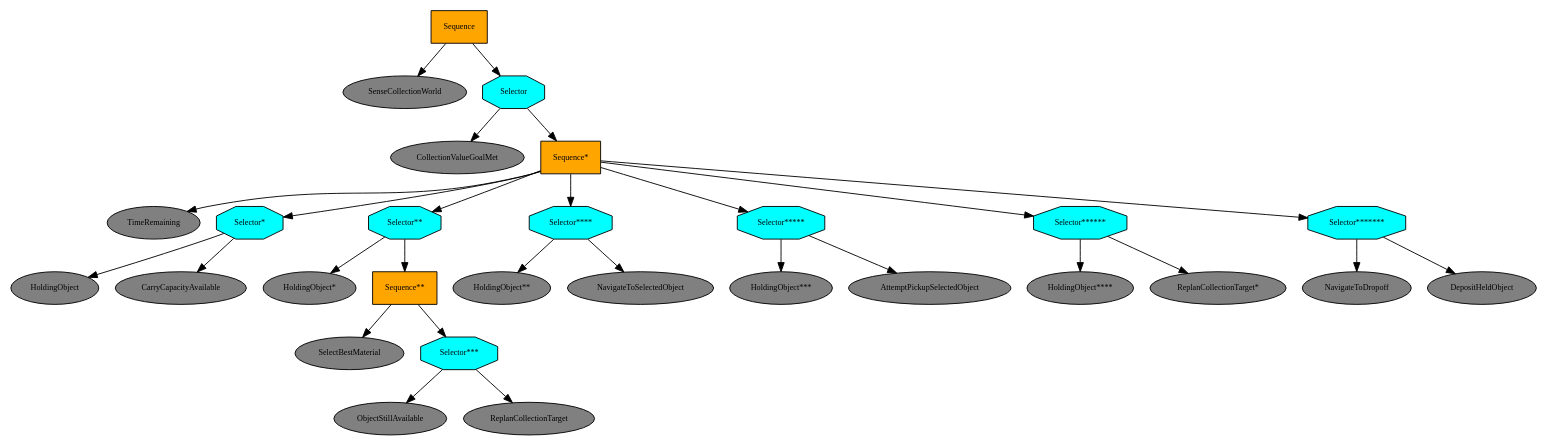
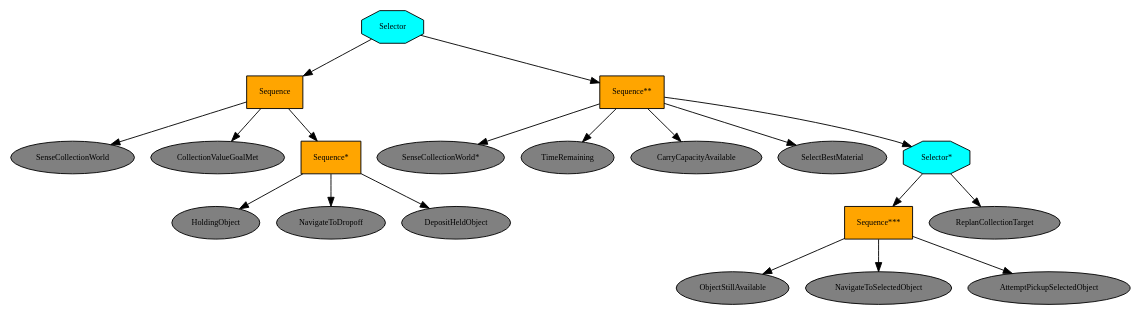
One commit to bkemp3/AgenticAI-Final-Project-Sandbox changed the diagram in Test_Env_1/outputs/collection_llm_runs/trees/maximize_collection_value.dot. Above: the diagram before and after it, drawn with Graphviz. The commit also changed 9 other files, not shown here.

```diff
--- a/Test_Env_1/outputs/collection_llm_runs/trees/maximize_collection_value.dot
+++ b/Test_Env_1/outputs/collection_llm_runs/trees/maximize_collection_value.dot
@@ -1,61 +1,43 @@
 digraph pastafarianism {
 ordering=out;
 graph [fontname="times-roman"];
 node [fontname="times-roman"];
 edge [fontname="times-roman"];
+Selector [label=Selector, shape=octagon, style=filled, fillcolor=cyan, fontsize=9, fontcolor=black];
 Sequence [label=Sequence, shape=box, style=filled, fillcolor=orange, fontsize=9, fontcolor=black];
+Selector -> Sequence;
 SenseCollectionWorld [label=SenseCollectionWorld, shape=ellipse, style=filled, fillcolor=gray, fontsize=9, fontcolor=black];
 Sequence -> SenseCollectionWorld;
-Selector [label=Selector, shape=octagon, style=filled, fillcolor=cyan, fontsize=9, fontcolor=black];
-Sequence -> Selector;
 CollectionValueGoalMet [label=CollectionValueGoalMet, shape=ellipse, style=filled, fillcolor=gray, fontsize=9, fontcolor=black];
-Selector -> CollectionValueGoalMet;
+Sequence -> CollectionValueGoalMet;
 "Sequence*" [label="Sequence*", shape=box, style=filled, fillcolor=orange, fontsize=9, fontcolor=black];
-Selector -> "Sequence*";
+Sequence -> "Sequence*";
+HoldingObject [label=HoldingObject, shape=ellipse, style=filled, fillcolor=gray, fontsize=9, fontcolor=black];
+"Sequence*" -> HoldingObject;
+NavigateToDropoff [label=NavigateToDropoff, shape=ellipse, style=filled, fillcolor=gray, fontsize=9, fontcolor=black];
+"Sequence*" -> NavigateToDropoff;
+DepositHeldObject [label=DepositHeldObject, shape=ellipse, style=filled, fillcolor=gray, fontsize=9, fontcolor=black];
+"Sequence*" -> DepositHeldObject;
+"Sequence**" [label="Sequence**", shape=box, style=filled, fillcolor=orange, fontsize=9, fontcolor=black];
+Selector -> "Sequence**";
+"SenseCollectionWorld*" [label="SenseCollectionWorld*", shape=ellipse, style=filled, fillcolor=gray, fontsize=9, fontcolor=black];
+"Sequence**" -> "SenseCollectionWorld*";
 TimeRemaining [label=TimeRemaining, shape=ellipse, style=filled, fillcolor=gray, fontsize=9, fontcolor=black];
-"Sequence*" -> TimeRemaining;
-"Selector*" [label="Selector*", shape=octagon, style=filled, fillcolor=cyan, fontsize=9, fontcolor=black];
-"Sequence*" -> "Selector*";
-HoldingObject [label=HoldingObject, shape=ellipse, style=filled, fillcolor=gray, fontsize=9, fontcolor=black];
-"Selector*" -> HoldingObject;
+"Sequence**" -> TimeRemaining;
 CarryCapacityAvailable [label=CarryCapacityAvailable, shape=ellipse, style=filled, fillcolor=gray, fontsize=9, fontcolor=black];
-"Selector*" -> CarryCapacityAvailable;
-"Selector**" [label="Selector**", shape=octagon, style=filled, fillcolor=cyan, fontsize=9, fontcolor=black];
-"Sequence*" -> "Selector**";
-"HoldingObject*" [label="HoldingObject*", shape=ellipse, style=filled, fillcolor=gray, fontsize=9, fontcolor=black];
-"Selector**" -> "HoldingObject*";
-"Sequence**" [label="Sequence**", shape=box, style=filled, fillcolor=orange, fontsize=9, fontcolor=black];
-"Selector**" -> "Sequence**";
+"Sequence**" -> CarryCapacityAvailable;
 SelectBestMaterial [label=SelectBestMaterial, shape=ellipse, style=filled, fillcolor=gray, fontsize=9, fontcolor=black];
 "Sequence**" -> SelectBestMaterial;
-"Selector***" [label="Selector***", shape=octagon, style=filled, fillcolor=cyan, fontsize=9, fontcolor=black];
-"Sequence**" -> "Selector***";
+"Selector*" [label="Selector*", shape=octagon, style=filled, fillcolor=cyan, fontsize=9, fontcolor=black];
+"Sequence**" -> "Selector*";
+"Sequence***" [label="Sequence***", shape=box, style=filled, fillcolor=orange, fontsize=9, fontcolor=black];
+"Selector*" -> "Sequence***";
 ObjectStillAvailable [label=ObjectStillAvailable, shape=ellipse, style=filled, fillcolor=gray, fontsize=9, fontcolor=black];
-"Selector***" -> ObjectStillAvailable;
+"Sequence***" -> ObjectStillAvailable;
+NavigateToSelectedObject [label=NavigateToSelectedObject, shape=ellipse, style=filled, fillcolor=gray, fontsize=9, fontcolor=black];
+"Sequence***" -> NavigateToSelectedObject;
+AttemptPickupSelectedObject [label=AttemptPickupSelectedObject, shape=ellipse, style=filled, fillcolor=gray, fontsize=9, fontcolor=black];
+"Sequence***" -> AttemptPickupSelectedObject;
 ReplanCollectionTarget [label=ReplanCollectionTarget, shape=ellipse, style=filled, fillcolor=gray, fontsize=9, fontcolor=black];
-"Selector***" -> ReplanCollectionTarget;
-"Selector****" [label="Selector****", shape=octagon, style=filled, fillcolor=cyan, fontsize=9, fontcolor=black];
-"Sequence*" -> "Selector****";
-"HoldingObject**" [label="HoldingObject**", shape=ellipse, style=filled, fillcolor=gray, fontsize=9, fontcolor=black];
-"Selector****" -> "HoldingObject**";
-NavigateToSelectedObject [label=NavigateToSelectedObject, shape=ellipse, style=filled, fillcolor=gray, fontsize=9, fontcolor=black];
-"Selector****" -> NavigateToSelectedObject;
-"Selector*****" [label="Selector*****", shape=octagon, style=filled, fillcolor=cyan, fontsize=9, fontcolor=black];
-"Sequence*" -> "Selector*****";
-"HoldingObject***" [label="HoldingObject***", shape=ellipse, style=filled, fillcolor=gray, fontsize=9, fontcolor=black];
-"Selector*****" -> "HoldingObject***";
-AttemptPickupSelectedObject [label=AttemptPickupSelectedObject, shape=ellipse, style=filled, fillcolor=gray, fontsize=9, fontcolor=black];
-"Selector*****" -> AttemptPickupSelectedObject;
-"Selector******" [label="Selector******", shape=octagon, style=filled, fillcolor=cyan, fontsize=9, fontcolor=black];
-"Sequence*" -> "Selector******";
-"HoldingObject****" [label="HoldingObject****", shape=ellipse, style=filled, fillcolor=gray, fontsize=9, fontcolor=black];
-"Selector******" -> "HoldingObject****";
-"ReplanCollectionTarget*" [label="ReplanCollectionTarget*", shape=ellipse, style=filled, fillcolor=gray, fontsize=9, fontcolor=black];
-"Selector******" -> "ReplanCollectionTarget*";
-"Selector*******" [label="Selector*******", shape=octagon, style=filled, fillcolor=cyan, fontsize=9, fontcolor=black];
-"Sequence*" -> "Selector*******";
-NavigateToDropoff [label=NavigateToDropoff, shape=ellipse, style=filled, fillcolor=gray, fontsize=9, fontcolor=black];
-"Selector*******" -> NavigateToDropoff;
-DepositHeldObject [label=DepositHeldObject, shape=ellipse, style=filled, fillcolor=gray, fontsize=9, fontcolor=black];
-"Selector*******" -> DepositHeldObject;
+"Selector*" -> ReplanCollectionTarget;
 }
```
